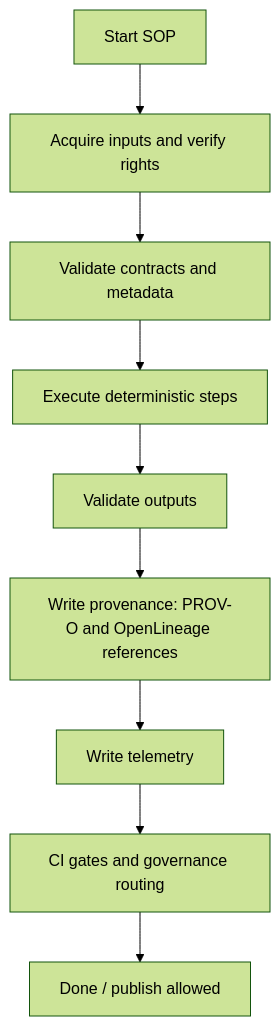
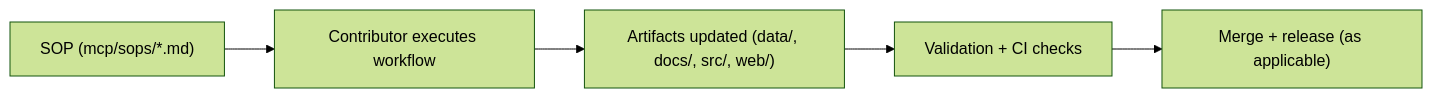
One commit to bartytime4life/Kansas-Frontier-Matrix changed the diagram in mcp/sops/README.md. Above: the diagram before and after it, drawn with Mermaid (forest theme). The commit also changed other lines of this file, not shown here.

```diff
--- a/mcp/sops/README.md
+++ b/mcp/sops/README.md
@@ -221,11 +136,7 @@
 ~~~mermaid
-flowchart TD
-  A["Start SOP"] --> B["Acquire inputs and verify rights"]
-  B --> C["Validate contracts and metadata"]
-  C --> D["Execute deterministic steps"]
-  D --> E["Validate outputs"]
-  E --> F["Write provenance: PROV-O and OpenLineage references"]
-  F --> G["Write telemetry"]
-  G --> H["CI gates and governance routing"]
-  H --> I["Done / publish allowed"]
+flowchart LR
+  A["SOP (mcp/sops/*.md)"] --> B["Contributor executes workflow"]
+  B --> C["Artifacts updated (data/, docs/, src/, web/)"]
+  C --> D["Validation + CI checks"]
+  D --> E["Merge + release (as applicable)"]
 ~~~
```
